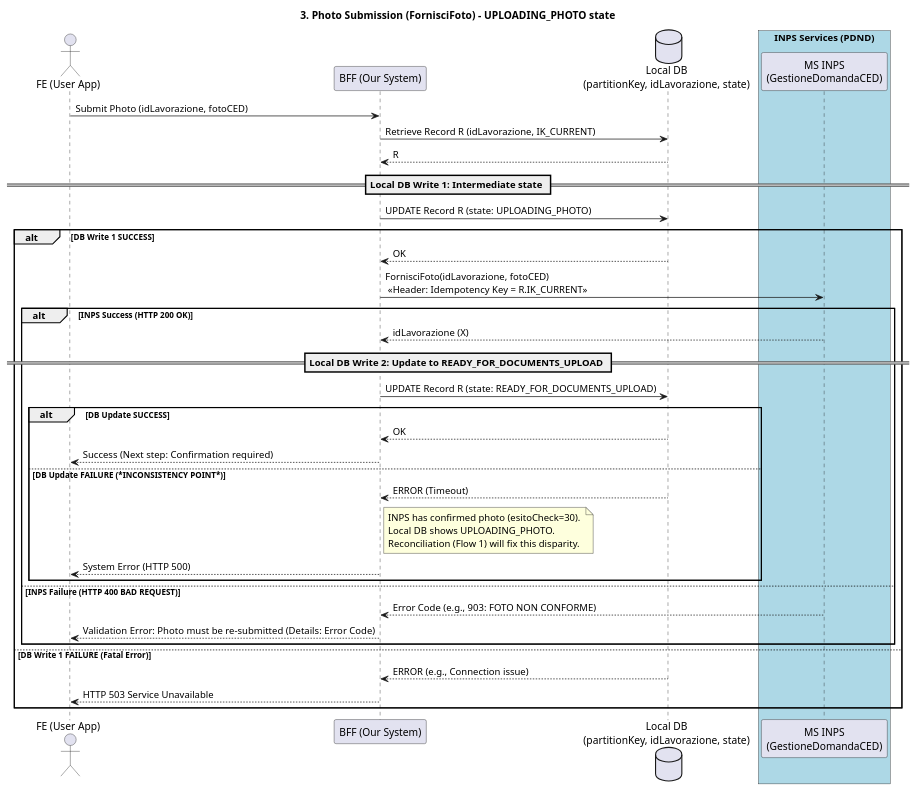
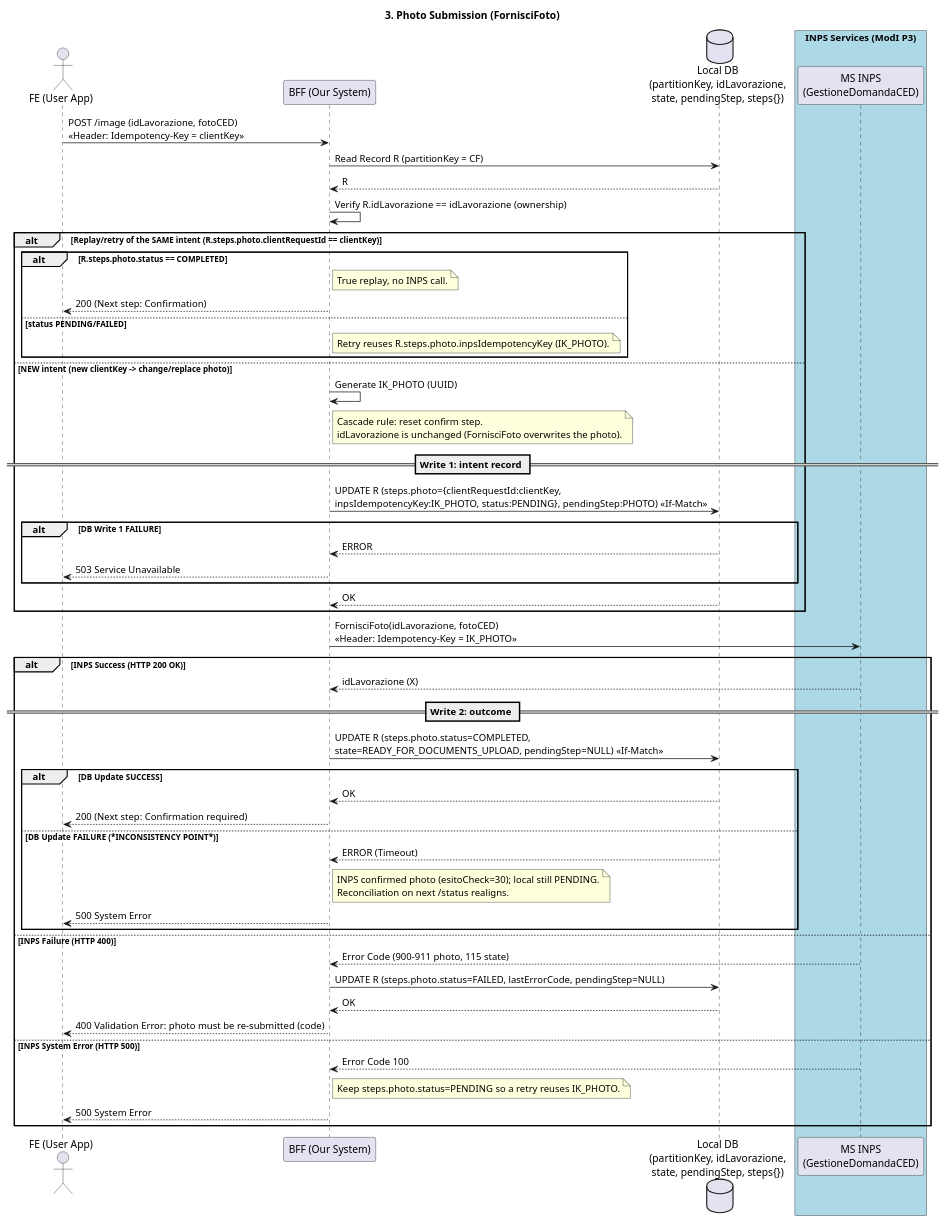
The diagram in docs/ced-card-request/sequence/upload_image_sequence.puml (pagopa/io-growth), drawn with PlantUML before and after one commit. The commit also changed 72 other files, not shown here.

Commit message:
[#IEG-3003] Modi and INPS CED APIs packages. (#200)

```diff
--- a/docs/ced-card-request/sequence/upload_image_sequence.puml
+++ b/docs/ced-card-request/sequence/upload_image_sequence.puml
@@ -1,50 +1,67 @@
 @startuml Upload Image Sequence Diagram
 
 actor "FE (User App)" as FE
 participant "BFF (Our System)" as BFF
-database "Local DB\n(partitionKey, idLavorazione, state)" as DB
-box "INPS Services (PDND)" #LightBlue
+database "Local DB\n(partitionKey, idLavorazione,\nstate, pendingStep, steps{})" as DB
+box "INPS Services (ModI P3)" #LightBlue
   participant "MS INPS\n(GestioneDomandaCED)" as INPS
 end box
 
-title 3. Photo Submission (FornisciFoto) - UPLOADING_PHOTO state
+title 3. Photo Submission (FornisciFoto)
 
-FE -> BFF: Submit Photo (idLavorazione, fotoCED)
+FE -> BFF: POST /image (idLavorazione, fotoCED)\n<<Header: Idempotency-Key = clientKey>>
 
-BFF -> DB: Retrieve Record R (idLavorazione, IK_CURRENT)
+BFF -> DB: Read Record R (partitionKey = CF)
 DB --> BFF: R
+BFF -> BFF: Verify R.idLavorazione == idLavorazione (ownership)
 
-== Local DB Write 1: Intermediate state ==
-BFF -> DB: UPDATE Record R (state: UPLOADING_PHOTO)
-
-alt DB Write 1 SUCCESS
-    DB --> BFF: OK
-
-    BFF -> INPS: FornisciFoto(idLavorazione, fotoCED) \n <<Header: Idempotency Key = R.IK_CURRENT>>
-
-    alt INPS Success (HTTP 200 OK)
-        INPS --> BFF: idLavorazione (X)
-
-        == Local DB Write 2: Update to READY_FOR_DOCUMENTS_UPLOAD ==
-        BFF -> DB: UPDATE Record R (state: READY_FOR_DOCUMENTS_UPLOAD)
-
-        alt DB Update SUCCESS
-            DB --> BFF: OK
-            BFF --> FE: Success (Next step: Confirmation required)
-
-        else DB Update FAILURE (***INCONSISTENCY POINT***)
-            DB --> BFF: ERROR (Timeout)
-            note right of BFF: INPS has confirmed photo (esitoCheck=30). \nLocal DB shows UPLOADING_PHOTO. \nReconciliation (Flow 1) will fix this disparity.
-            BFF --> FE: System Error (HTTP 500)
-        end
-
-    else INPS Failure (HTTP 400 BAD REQUEST)
-        INPS --> BFF: Error Code (e.g., 903: FOTO NON CONFORME)
-        BFF --> FE: Validation Error: Photo must be re-submitted (Details: Error Code)
+alt Replay/retry of the SAME intent (R.steps.photo.clientRequestId == clientKey)
+    alt R.steps.photo.status == COMPLETED
+        note right of BFF: True replay, no INPS call.
+        BFF --> FE: 200 (Next step: Confirmation)
+    else status PENDING/FAILED
+        note right of BFF: Retry reuses R.steps.photo.inpsIdempotencyKey (IK_PHOTO).
     end
 
-else DB Write 1 FAILURE (Fatal Error)
-    DB --> BFF: ERROR (e.g., Connection issue)
-    BFF --> FE: HTTP 503 Service Unavailable
+else NEW intent (new clientKey -> change/replace photo)
+    BFF -> BFF: Generate IK_PHOTO (UUID)
+    note right of BFF: Cascade rule: reset confirm step.\nidLavorazione is unchanged (FornisciFoto overwrites the photo).
+
+    == Write 1: intent record ==
+    BFF -> DB: UPDATE R (steps.photo={clientRequestId:clientKey,\ninpsIdempotencyKey:IK_PHOTO, status:PENDING}, pendingStep:PHOTO) <<If-Match>>
+    alt DB Write 1 FAILURE
+        DB --> BFF: ERROR
+        BFF --> FE: 503 Service Unavailable
+    end
+    DB --> BFF: OK
+end
+
+BFF -> INPS: FornisciFoto(idLavorazione, fotoCED)\n<<Header: Idempotency-Key = IK_PHOTO>>
+
+alt INPS Success (HTTP 200 OK)
+    INPS --> BFF: idLavorazione (X)
+
+    == Write 2: outcome ==
+    BFF -> DB: UPDATE R (steps.photo.status=COMPLETED,\nstate=READY_FOR_DOCUMENTS_UPLOAD, pendingStep=NULL) <<If-Match>>
+
+    alt DB Update SUCCESS
+        DB --> BFF: OK
+        BFF --> FE: 200 (Next step: Confirmation required)
+    else DB Update FAILURE (***INCONSISTENCY POINT***)
+        DB --> BFF: ERROR (Timeout)
+        note right of BFF: INPS confirmed photo (esitoCheck=30); local still PENDING.\nReconciliation on next /status realigns.
+        BFF --> FE: 500 System Error
+    end
+
+else INPS Failure (HTTP 400)
+    INPS --> BFF: Error Code (900-911 photo, 115 state)
+    BFF -> DB: UPDATE R (steps.photo.status=FAILED, lastErrorCode, pendingStep=NULL)
+    DB --> BFF: OK
+    BFF --> FE: 400 Validation Error: photo must be re-submitted (code)
+
+else INPS System Error (HTTP 500)
+    INPS --> BFF: Error Code 100
+    note right of BFF: Keep steps.photo.status=PENDING so a retry reuses IK_PHOTO.
+    BFF --> FE: 500 System Error
 end
 @enduml
```
